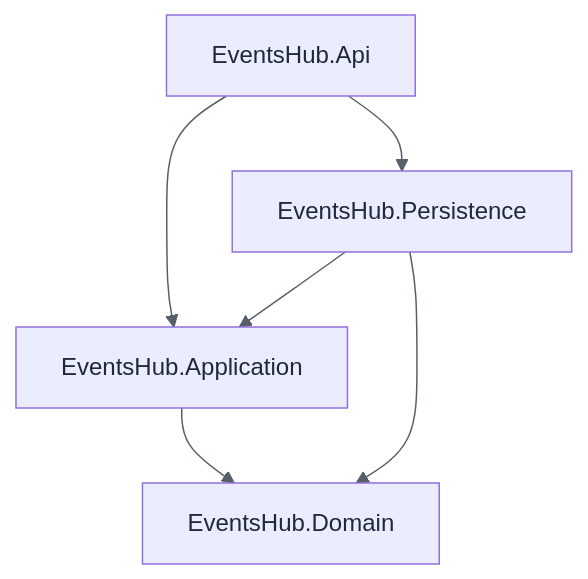
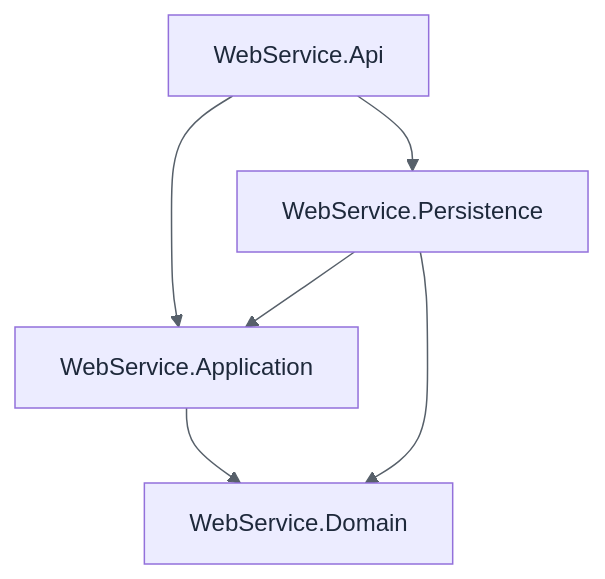
Before and after one commit to MurasakiWolf/WebServices: the fourth of 12 diagrams in docs/fundamentals/CleanArchitectureFundamentals.md, drawn with Mermaid. The commit also changed other lines of this file and 10 other files, not shown here.

Commit message:
Rename from EventsHub to WebService

````diff
--- a/docs/fundamentals/CleanArchitectureFundamentals.md
+++ b/docs/fundamentals/CleanArchitectureFundamentals.md
@@ -381,9 +381,9 @@
 ```mermaid
 %%{init: {"theme": "base", "themeVariables": {"primaryColor": "#ECECFF", "primaryBorderColor": "#9370DB", "primaryTextColor": "#1e293b", "secondaryColor": "#f6f8fa", "tertiaryColor": "#f6f8fa", "clusterBkg": "#f6f8fa", "clusterBorder": "#d0d7de", "titleColor": "#1e293b", "lineColor": "#57606a", "edgeLabelBackground": "#ffffff"}}}%%
 flowchart TB
-    Api["EventsHub.Api"] --> App["EventsHub.Application"]
-    Api --> Pers["EventsHub.Persistence"]
+    Api["WebService.Api"] --> App["WebService.Application"]
+    Api --> Pers["WebService.Persistence"]
     Pers --> App
-    App --> Dom["EventsHub.Domain"]
+    App --> Dom["WebService.Domain"]
     Pers --> Dom
 ```
````
